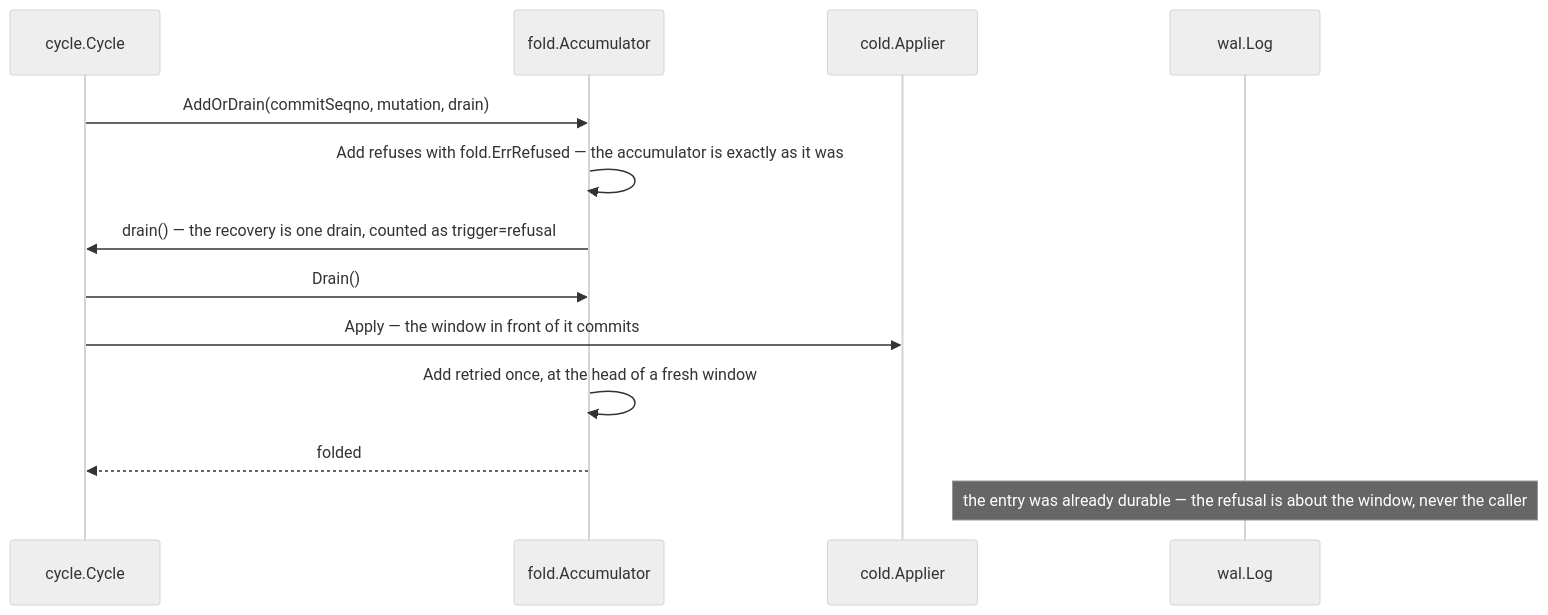
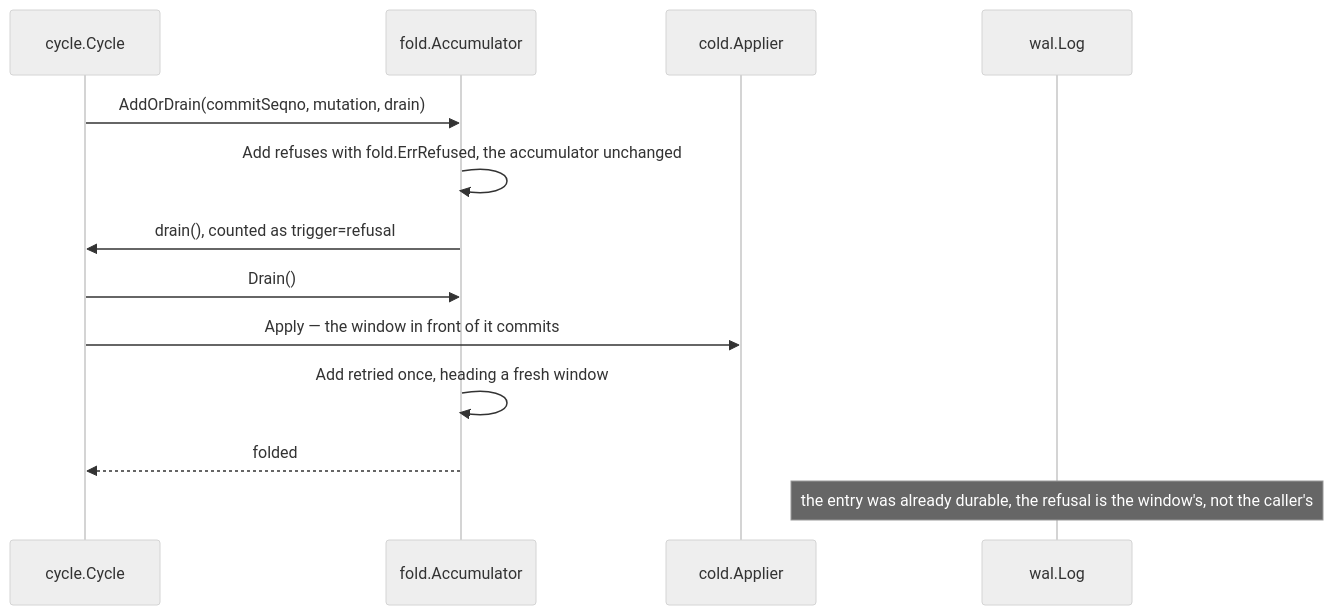
The eighth of 8 diagrams in docs/handbook/05-write-path.md (aromanovich/waltz), drawn with Mermaid (neutral theme) before and after one commit. The commit also changed other lines of this file and 15 other files, not shown here.

````diff
--- a/docs/handbook/05-write-path.md
+++ b/docs/handbook/05-write-path.md
@@ -625,16 +498,16 @@
 ```mermaid
 sequenceDiagram
   participant CY as cycle.Cycle
   participant ACC as fold.Accumulator
   participant AP as cold.Applier
   participant LOG as wal.Log
 
   CY->>ACC: AddOrDrain(commitSeqno, mutation, drain)
-  ACC->>ACC: Add refuses with fold.ErrRefused — the accumulator is exactly as it was
-  ACC->>CY: drain() — the recovery is one drain, counted as trigger=refusal
+  ACC->>ACC: Add refuses with fold.ErrRefused, the accumulator unchanged
+  ACC->>CY: drain(), counted as trigger=refusal
   CY->>ACC: Drain()
   CY->>AP: Apply — the window in front of it commits
-  ACC->>ACC: Add retried once, at the head of a fresh window
+  ACC->>ACC: Add retried once, heading a fresh window
   ACC-->>CY: folded
-  Note over LOG: the entry was already durable — the refusal is about the window, never the caller
+  Note over LOG: the entry was already durable, the refusal is the window's, not the caller's
 ```
````
